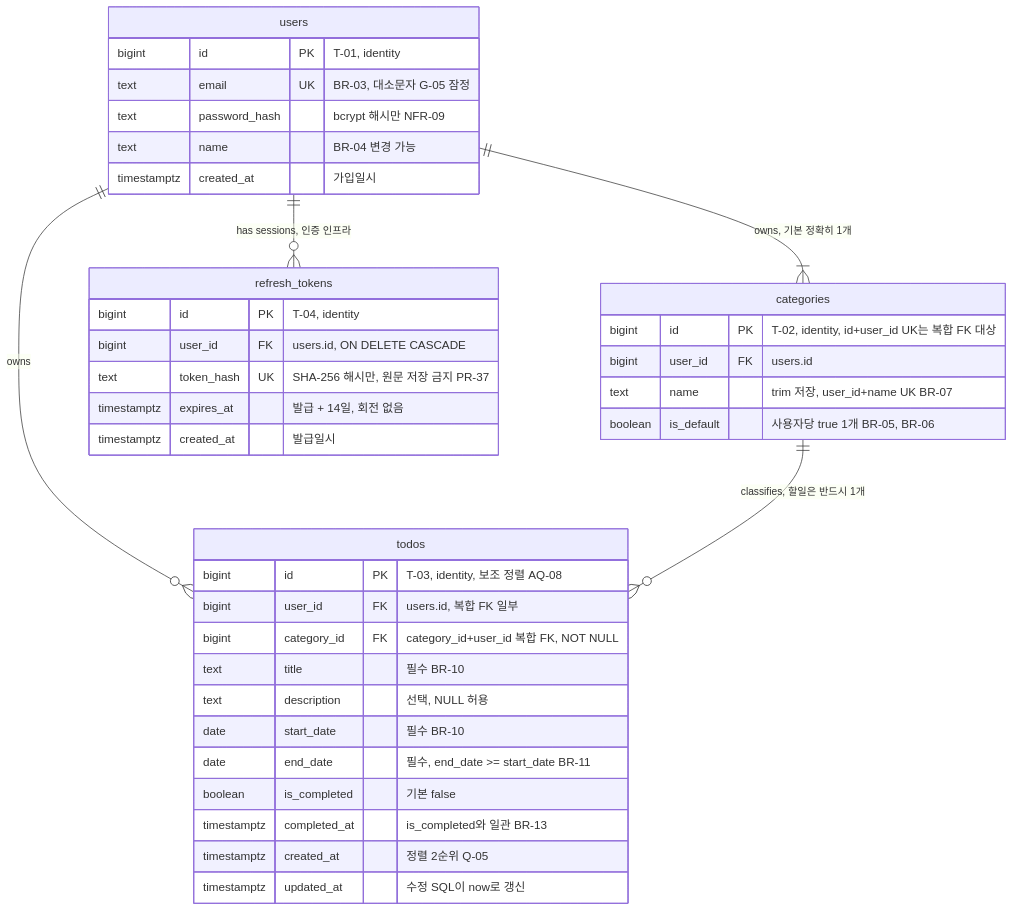
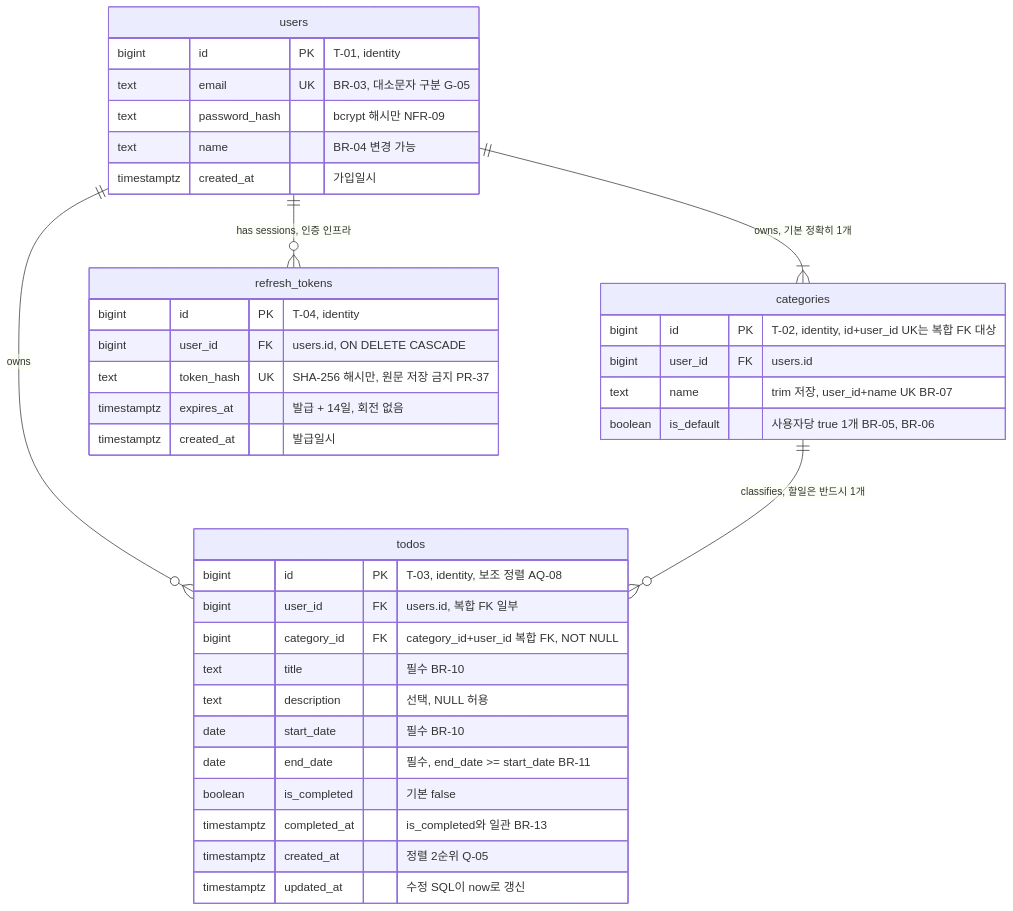
One commit to chaenamo/todolist-app changed the diagram in docs/7-erd.md. Above: the diagram before and after it, drawn with Mermaid. The commit also changed other lines of this file and 8 other files, not shown here.

````diff
--- a/docs/7-erd.md
+++ b/docs/7-erd.md
@@ -33,41 +35,41 @@
 ```mermaid
 erDiagram
     users ||--|{ categories : "owns, 기본 정확히 1개"
     users ||--o{ todos : "owns"
     categories ||--o{ todos : "classifies, 할일은 반드시 1개"
     users ||--o{ refresh_tokens : "has sessions, 인증 인프라"
 
     users {
         bigint id PK "T-01, identity"
-        text email UK "BR-03, 대소문자 G-05 잠정"
+        text email UK "BR-03, 대소문자 구분 G-05"
         text password_hash "bcrypt 해시만 NFR-09"
         text name "BR-04 변경 가능"
         timestamptz created_at "가입일시"
     }
     categories {
         bigint id PK "T-02, identity, id+user_id UK는 복합 FK 대상"
         bigint user_id FK "users.id"
         text name "trim 저장, user_id+name UK BR-07"
         boolean is_default "사용자당 true 1개 BR-05, BR-06"
     }
     todos {
         bigint id PK "T-03, identity, 보조 정렬 AQ-08"
         bigint user_id FK "users.id, 복합 FK 일부"
         bigint category_id FK "category_id+user_id 복합 FK, NOT NULL"
         text title "필수 BR-10"
         text description "선택, NULL 허용"
         date start_date "필수 BR-10"
         date end_date "필수, end_date >= start_date BR-11"
         boolean is_completed "기본 false"
         timestamptz completed_at "is_completed와 일관 BR-13"
         timestamptz created_at "정렬 2순위 Q-05"
         timestamptz updated_at "수정 SQL이 now로 갱신"
     }
     refresh_tokens {
         bigint id PK "T-04, identity"
         bigint user_id FK "users.id, ON DELETE CASCADE"
         text token_hash UK "SHA-256 해시만, 원문 저장 금지 PR-37"
         timestamptz expires_at "발급 + 14일, 회전 없음"
         timestamptz created_at "발급일시"
     }
 ```
````
